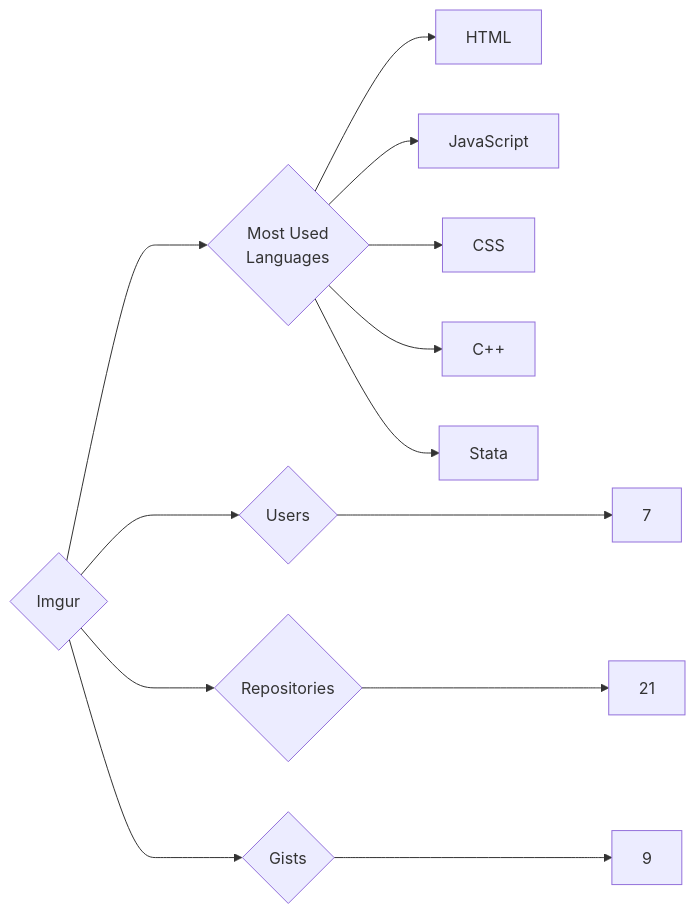
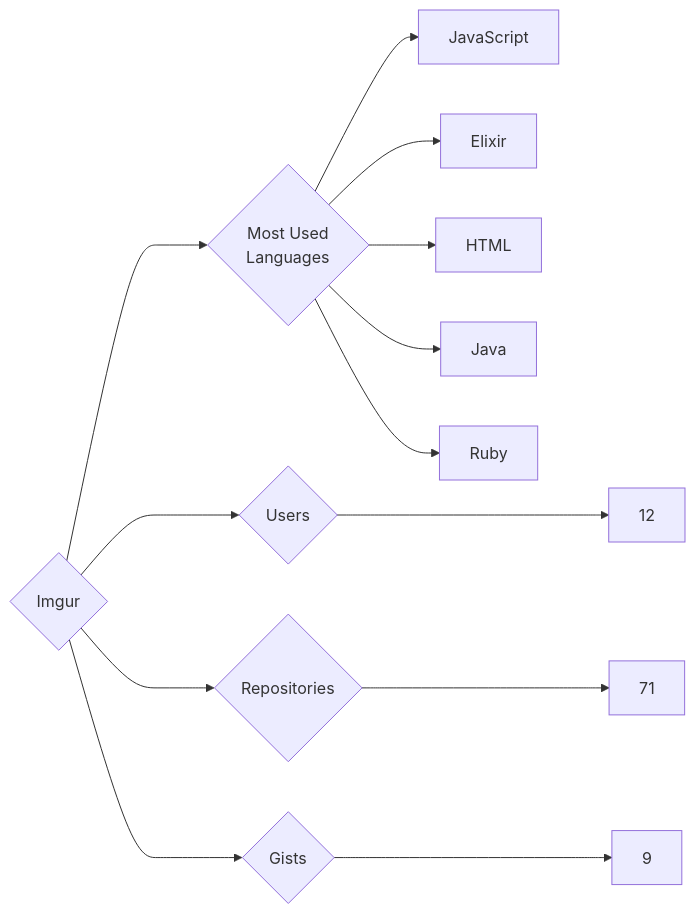
One commit to trickest/insiders changed the diagram in targets/Imgur/README.md. Above: the diagram before and after it, drawn with Mermaid. The commit also changed 860 other files, not shown here.

````diff
--- a/targets/Imgur/README.md
+++ b/targets/Imgur/README.md
@@ -3,13 +3,13 @@
 ```mermaid
 graph LR
 COMPANY_NAME{Imgur}
-COMPANY_NAME ---> U{Users} ---> UN[7]
-COMPANY_NAME ---> R{Repositories} ---> RN[21]
+COMPANY_NAME ---> U{Users} ---> UN[12]
+COMPANY_NAME ---> R{Repositories} ---> RN[71]
 COMPANY_NAME ---> G{Gists} ---> GN[9]
 COMPANY_NAME ---> ML{Most Used<br>Languages}
+ML --> JavaScript[JavaScript]
+ML --> Elixir[Elixir]
 ML --> HTML[HTML]
-ML --> JavaScript[JavaScript]
-ML --> CSS[CSS]
-ML --> C++[C++]
-ML --> Stata[Stata]
+ML --> Java[Java]
+ML --> Ruby[Ruby]
 ```
````
